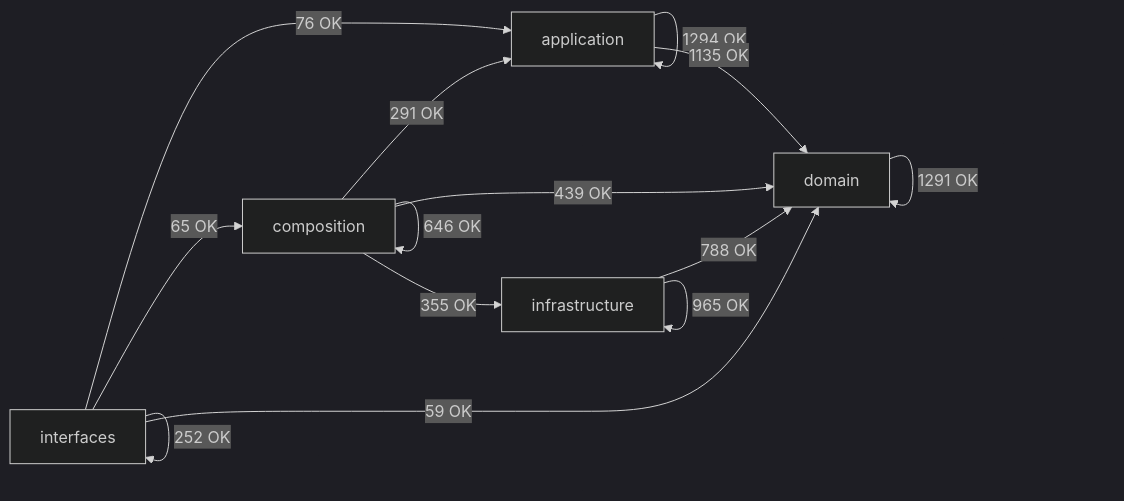
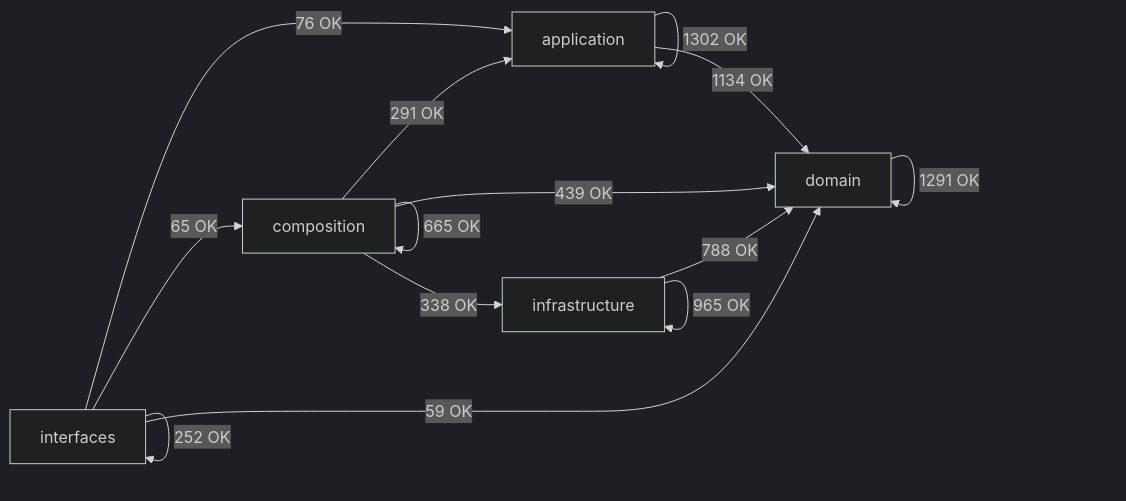
The diagram in docs/02-architecture/generated/module-dependency-map.md (SatoryKono/BioactivityDataAcquisition), drawn with Mermaid (dark theme) before and after one commit. The commit also changed other lines of this file and 88 other files, not shown here.

````diff
--- a/docs/02-architecture/generated/module-dependency-map.md
+++ b/docs/02-architecture/generated/module-dependency-map.md
@@ -17,21 +17,21 @@
 ```mermaid
 flowchart LR
     domain[domain]
     application[application]
     infrastructure[infrastructure]
     composition[composition]
     interfaces[interfaces]
-    application -->|1294 OK| application
-    application -->|1135 OK| domain
+    application -->|1302 OK| application
+    application -->|1134 OK| domain
     composition -->|291 OK| application
-    composition -->|646 OK| composition
+    composition -->|665 OK| composition
     composition -->|439 OK| domain
-    composition -->|355 OK| infrastructure
+    composition -->|338 OK| infrastructure
     domain -->|1291 OK| domain
     infrastructure -->|788 OK| domain
     infrastructure -->|965 OK| infrastructure
     interfaces -->|76 OK| application
     interfaces -->|65 OK| composition
     interfaces -->|59 OK| domain
     interfaces -->|252 OK| interfaces
 ```
````
